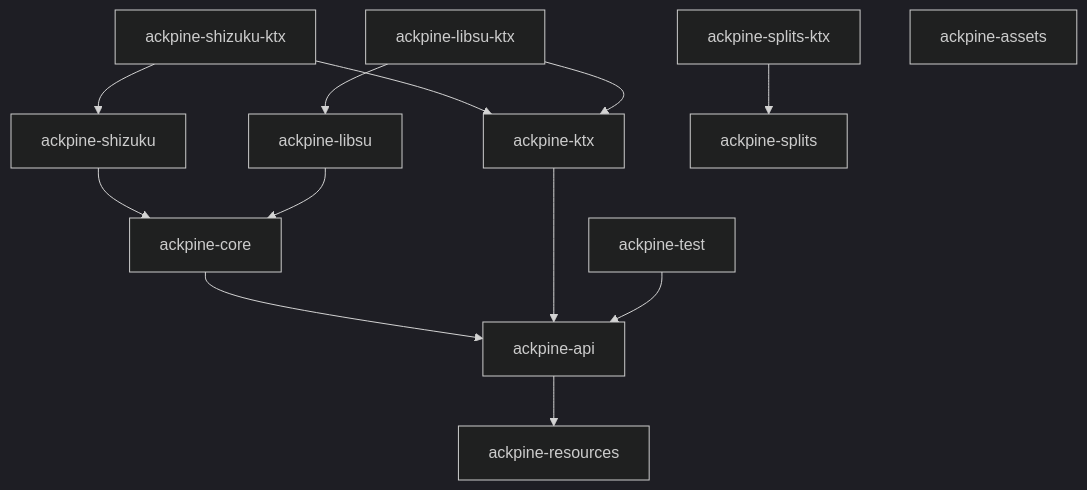
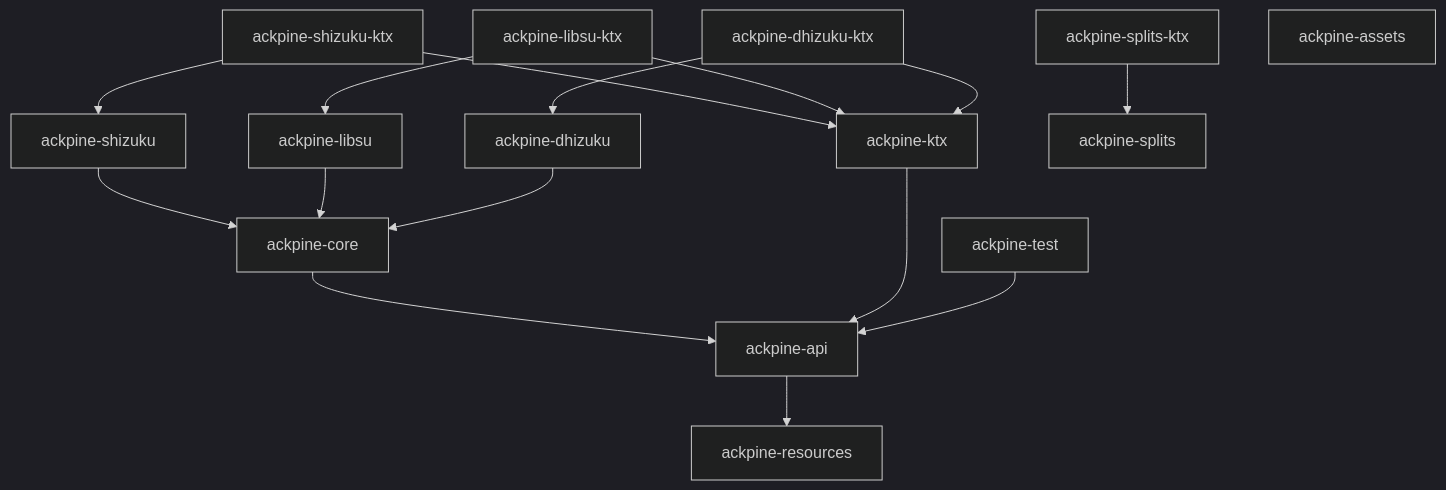
One commit to solrudev/Ackpine changed the second of 2 diagrams in docs/architecture.md. Above: the diagram before and after it, drawn with Mermaid (dark theme). The commit also changed other lines of this file and 32 other files, not shown here.

````diff
--- a/docs/architecture.md
+++ b/docs/architecture.md
@@ -80,15 +80,18 @@
 ```mermaid
 graph TD
     ackpine-api --> ackpine-resources
     ackpine-core --> ackpine-api
     ackpine-ktx --> ackpine-api
     ackpine-test --> ackpine-api
     ackpine-shizuku --> ackpine-core
     ackpine-shizuku-ktx --> ackpine-shizuku
     ackpine-shizuku-ktx --> ackpine-ktx
     ackpine-libsu --> ackpine-core
     ackpine-libsu-ktx --> ackpine-libsu
     ackpine-libsu-ktx --> ackpine-ktx
+    ackpine-dhizuku --> ackpine-core
+    ackpine-dhizuku-ktx --> ackpine-dhizuku
+    ackpine-dhizuku-ktx --> ackpine-ktx
     ackpine-splits-ktx --> ackpine-splits
     ackpine-assets
 ```
````
